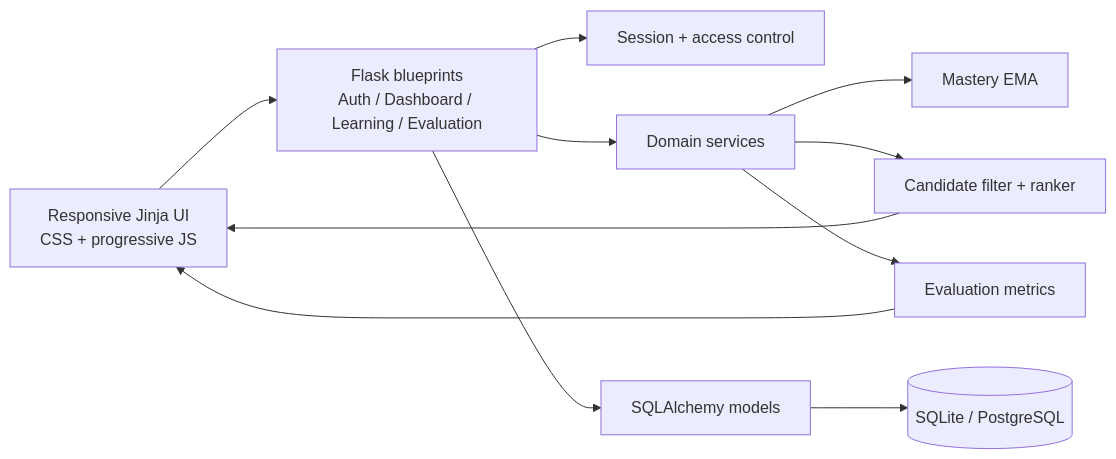
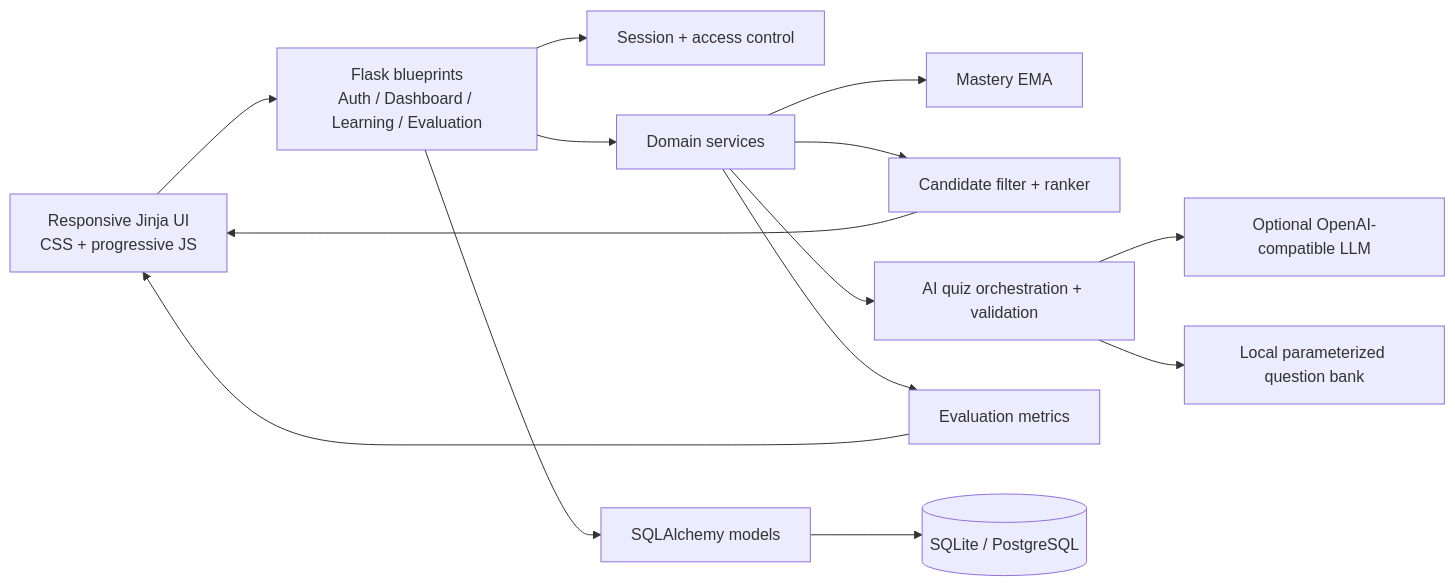
Before and after one commit to Novinkumar/dynamic_learning: the first of 2 diagrams in README.md, drawn with Mermaid. The commit also changed other lines of this file and 26 other files, not shown here.

````diff
--- a/README.md
+++ b/README.md
@@ -133,13 +162,16 @@
 ```mermaid
 flowchart LR
   Browser[Responsive Jinja UI\nCSS + progressive JS] --> Routes[Flask blueprints\nAuth / Dashboard / Learning / Evaluation]
   Routes --> Auth[Session + access control]
   Routes --> Services[Domain services]
   Services --> Mastery[Mastery EMA]
   Services --> Recommender[Candidate filter + ranker]
+  Services --> QuizAI[AI quiz orchestration + validation]
   Services --> Metrics[Evaluation metrics]
+  QuizAI --> LiveAI[Optional OpenAI-compatible LLM]
+  QuizAI --> OfflineBank[Local parameterized question bank]
   Routes --> ORM[SQLAlchemy models]
   ORM --> DB[(SQLite / PostgreSQL)]
   Recommender --> Browser
   Metrics --> Browser
 ```
````
